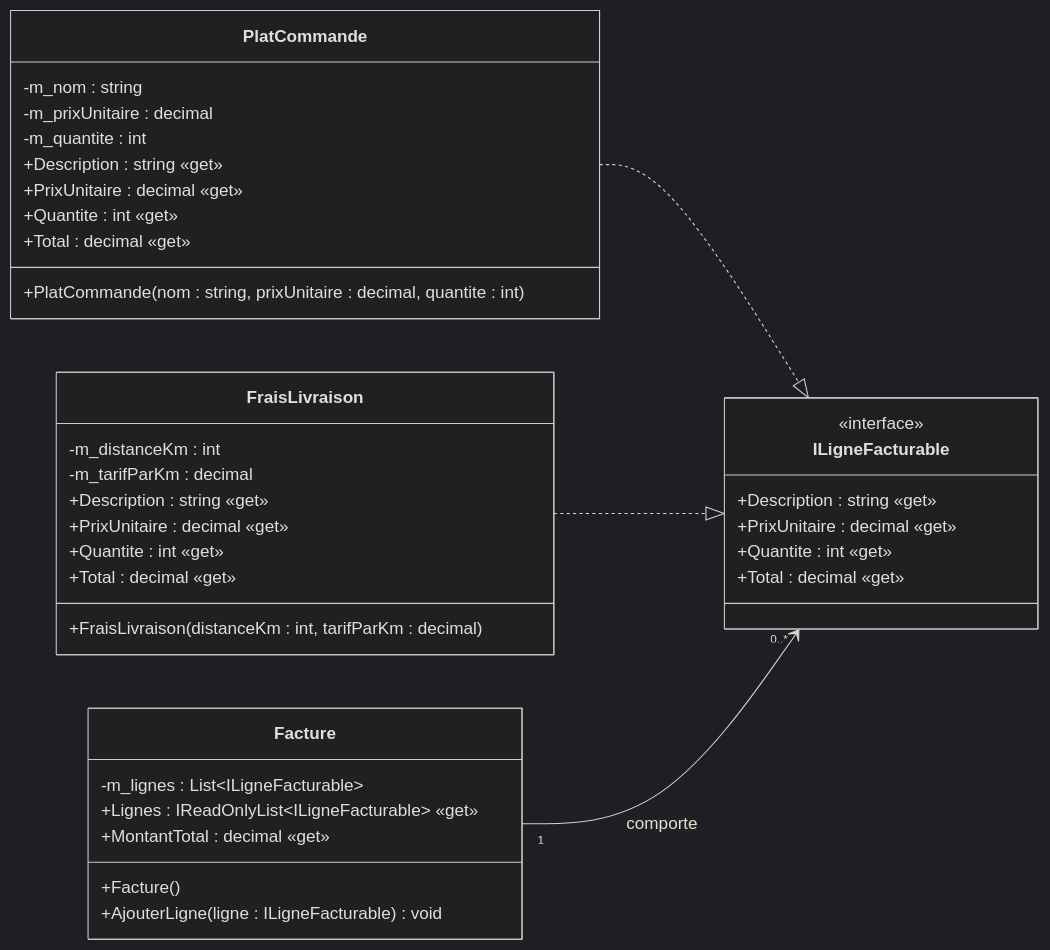
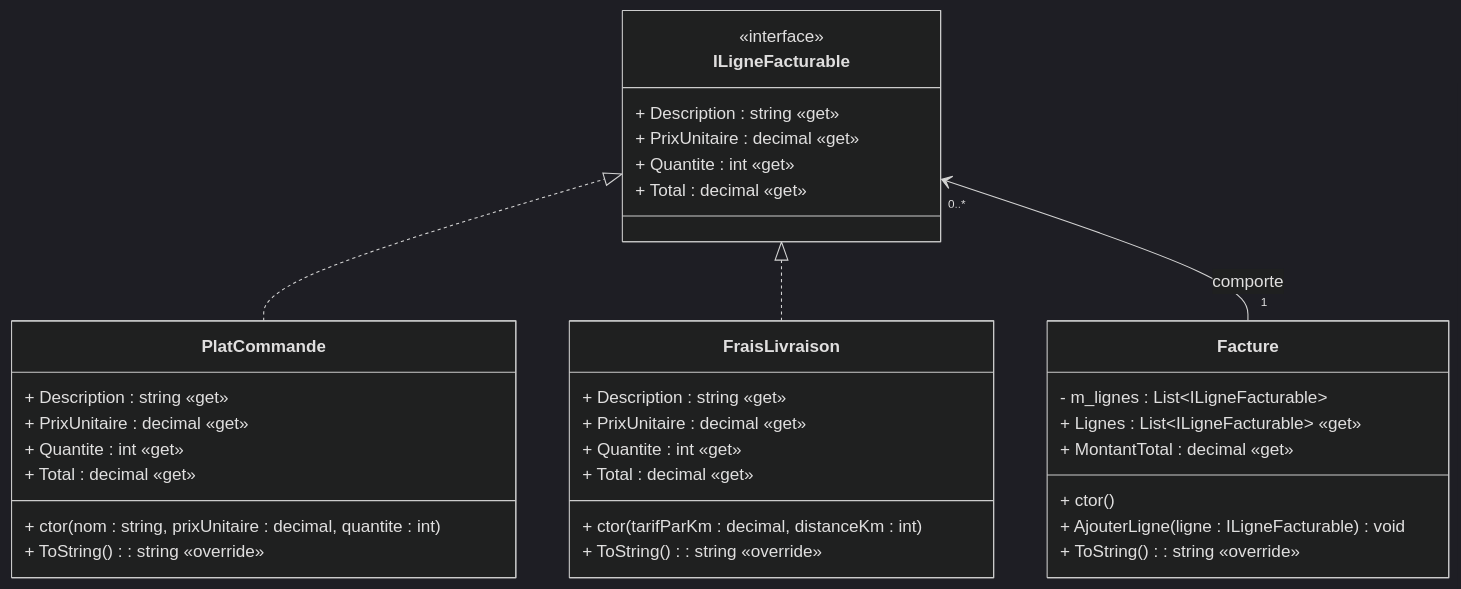
The diagram in semaine-01/README.md (Max-O-67/420-W30-SF-v2), drawn with Mermaid (dark theme) before and after one commit.

Commit message:
MAJ diagramme pour correspondre à la correction partielle

````diff
--- a/semaine-01/README.md
+++ b/semaine-01/README.md
@@ -184,45 +184,46 @@
 ```mermaid
 classDiagram
-    direction LR
+    direction BT
 
     class ILigneFacturable {
         <<interface>>
-        +Description : string «get»
-        +PrixUnitaire : decimal «get»
-        +Quantite : int «get»
-        +Total : decimal «get»
+        + Description : string «get»
+        + PrixUnitaire : decimal «get»
+        + Quantite : int «get»
+        + Total : decimal «get»
     }
 
     class PlatCommande {
-        -m_nom : string
-        -m_prixUnitaire : decimal
-        -m_quantite : int
-        +PlatCommande(nom : string, prixUnitaire : decimal, quantite : int)
-        +Description : string «get»
-        +PrixUnitaire : decimal «get»
-        +Quantite : int «get»
-        +Total : decimal «get»
+        + ctor(nom : string, prixUnitaire : decimal, quantite : int)
+        + Description : string «get»
+        + PrixUnitaire : decimal «get»
+        + Quantite : int «get»
+        + Total : decimal «get»
+
+        + ToString() : string «override»
     }
 
     class FraisLivraison {
-        -m_distanceKm : int
-        -m_tarifParKm : decimal
-        +FraisLivraison(distanceKm : int, tarifParKm : decimal)
-        +Description : string «get»
-        +PrixUnitaire : decimal «get»
-        +Quantite : int «get»
-        +Total : decimal «get»
+        + Description : string «get»
+        + PrixUnitaire : decimal «get»
+        + Quantite : int «get»
+        + Total : decimal «get»
+
+        + ctor(tarifParKm : decimal, distanceKm : int)
+        + ToString() : string «override»
     }
 
     class Facture {
-        -m_lignes : List~ILigneFacturable~
-        +Facture()
-        +AjouterLigne(ligne : ILigneFacturable) void
-        +Lignes : IReadOnlyList~ILigneFacturable~ «get»
-        +MontantTotal : decimal «get»
+        - m_lignes : List~ILigneFacturable~
+        + Lignes : List~ILigneFacturable~ «get»
+        + MontantTotal : decimal «get»
+
+        + ctor()
+        + AjouterLigne(ligne : ILigneFacturable) void
+        + ToString() : string «override»
     }
 
     PlatCommande ..|> ILigneFacturable
     FraisLivraison ..|> ILigneFacturable
     Facture "1" --> "0..*" ILigneFacturable : comporte
 ```
````
